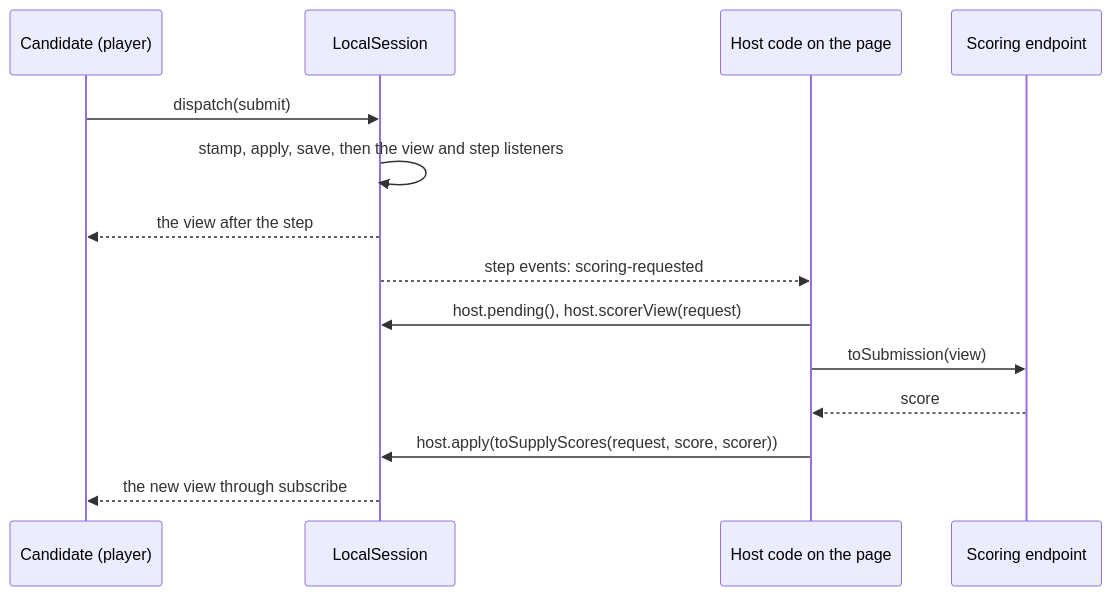
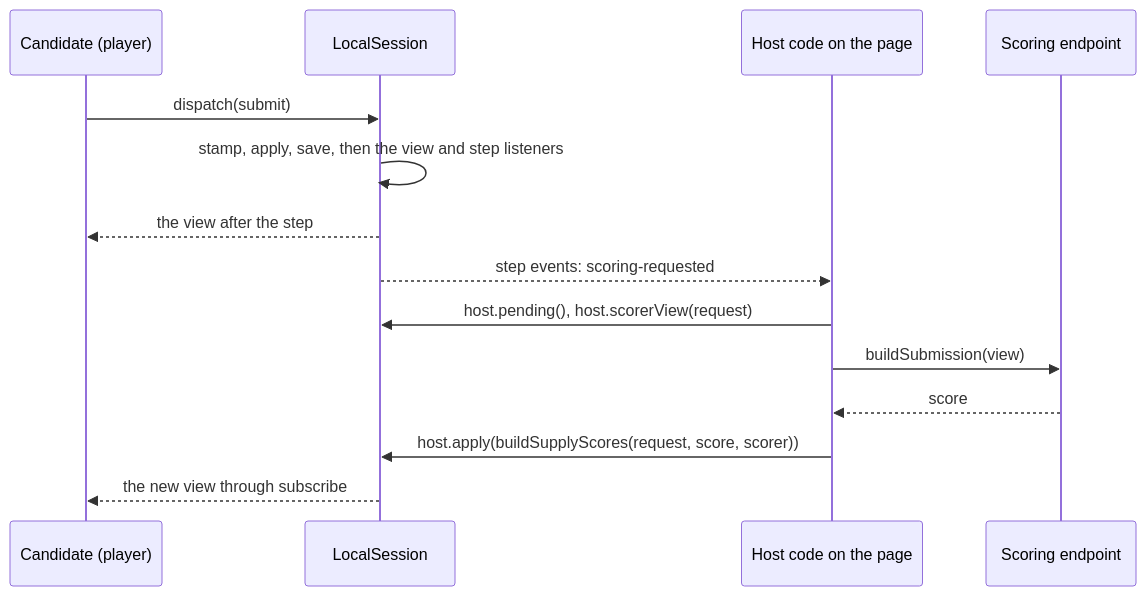
The third of 3 diagrams in docs/player/client.md (assesskit/assesskit), drawn with Mermaid before and after one commit. The commit also changed other lines of this file and 80 other files, not shown here.

````diff
--- a/docs/player/client.md
+++ b/docs/player/client.md
@@ -197,16 +197,16 @@
 ```mermaid
 sequenceDiagram
   participant C as Candidate (player)
   participant L as LocalSession
   participant H as Host code on the page
   participant S as Scoring endpoint
   C->>L: dispatch(submit)
   L->>L: stamp, apply, save, then the view and step listeners
   L-->>C: the view after the step
   L-->>H: step events: scoring-requested
   H->>L: host.pending(), host.scorerView(request)
-  H->>S: toSubmission(view)
+  H->>S: buildSubmission(view)
   S-->>H: score
-  H->>L: host.apply(toSupplyScores(request, score, scorer))
+  H->>L: host.apply(buildSupplyScores(request, score, scorer))
   L-->>C: the new view through subscribe
 ```
````
